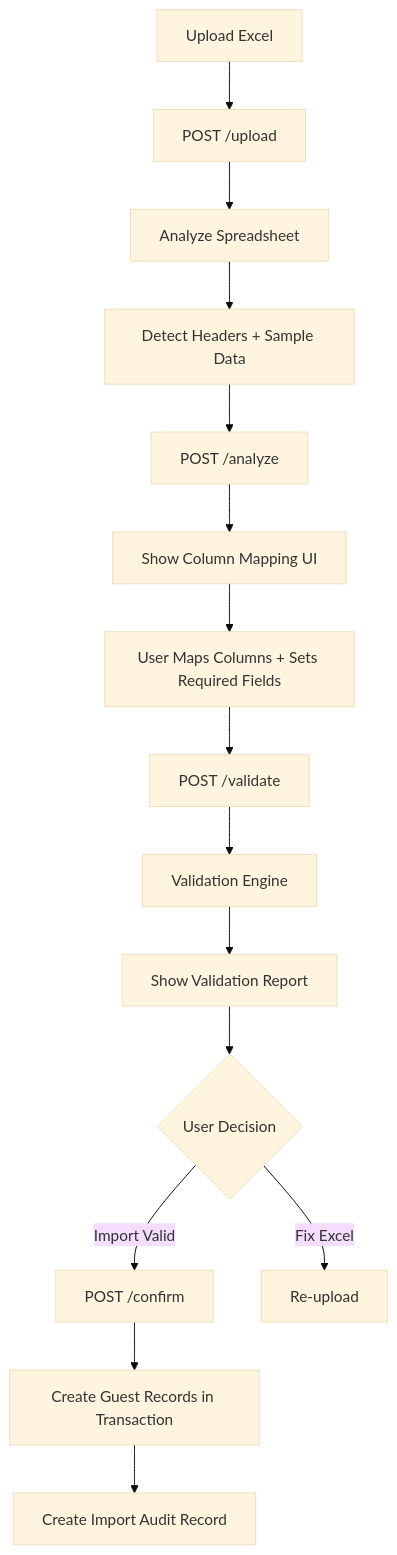
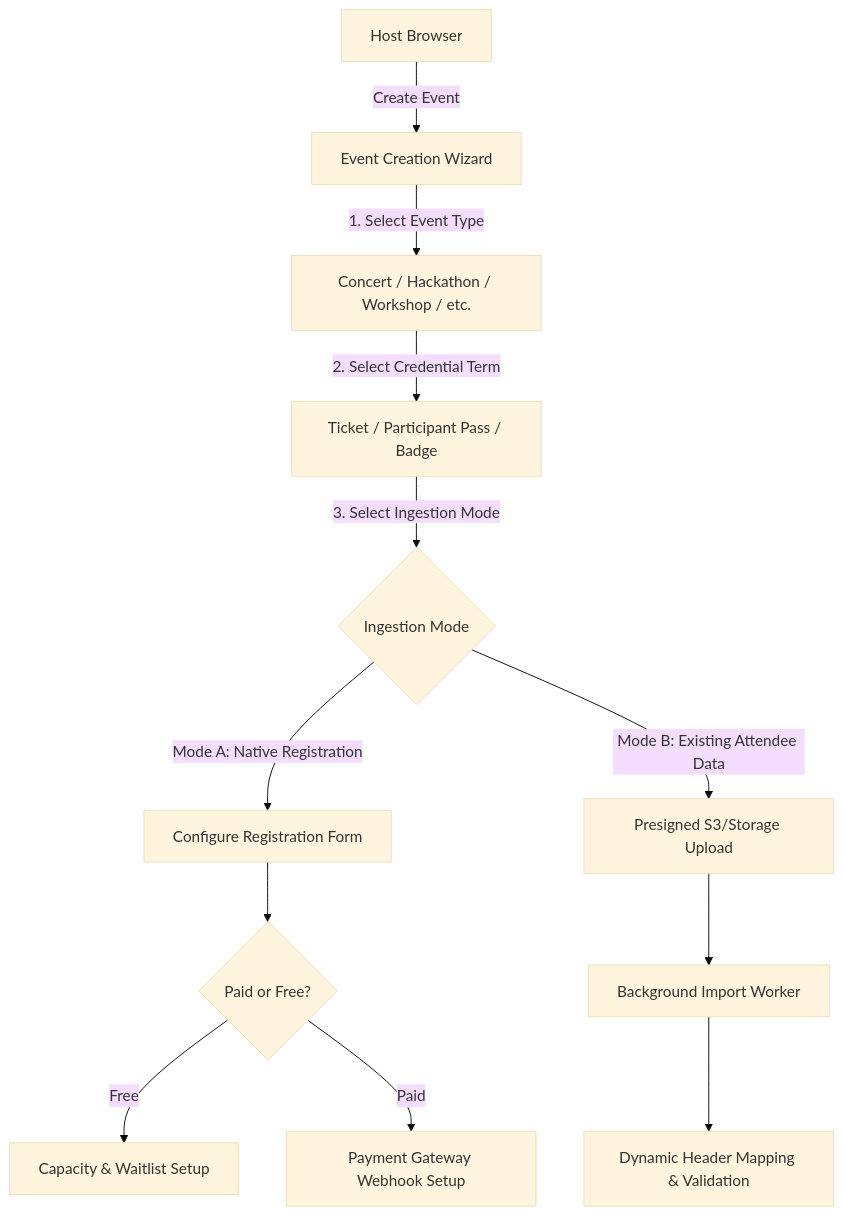
The second of 4 diagrams in docs/data-flow.md (praveen00198/ticketification), drawn with Mermaid (base theme) before and after one commit. The commit also changed other lines of this file and 228 other files, not shown here.

````diff
--- a/docs/data-flow.md
+++ b/docs/data-flow.md
@@ -27,17 +20,16 @@
 ```mermaid
 flowchart TD
-    A[Upload Excel] --> B[POST /upload]
-    B --> C[Analyze Spreadsheet]
-    C --> D[Detect Headers + Sample Data]
-    D --> E[POST /analyze]
-    E --> F[Show Column Mapping UI]
-    F --> G[User Maps Columns + Sets Required Fields]
-    G --> H[POST /validate]
-    H --> I[Validation Engine]
-    I --> J[Show Validation Report]
-    J --> K{User Decision}
-    K -->|Import Valid| L[POST /confirm]
-    K -->|Fix Excel| M[Re-upload]
-    L --> N[Create Guest Records in Transaction]
-    N --> O[Create Import Audit Record]
+    Host[Host Browser] -->|Create Event| Form[Event Creation Wizard]
+    Form -->|1. Select Event Type| Type[Concert / Hackathon / Workshop / etc.]
+    Type -->|2. Select Credential Term| Term[Ticket / Participant Pass / Badge]
+    Term -->|3. Select Ingestion Mode| Mode{Ingestion Mode}
+    
+    Mode -->|Mode A: Native Registration| RegConfig[Configure Registration Form]
+    RegConfig --> PaidCheck{Paid or Free?}
+    PaidCheck -->|Free| RegFree[Capacity & Waitlist Setup]
+    PaidCheck -->|Paid| RegPaid[Payment Gateway Webhook Setup]
+    
+    Mode -->|Mode B: Existing Attendee Data| ImportFlow[Presigned S3/Storage Upload]
+    ImportFlow --> ParseWorker[Background Import Worker]
+    ParseWorker --> MapCol[Dynamic Header Mapping & Validation]
 ```
````
